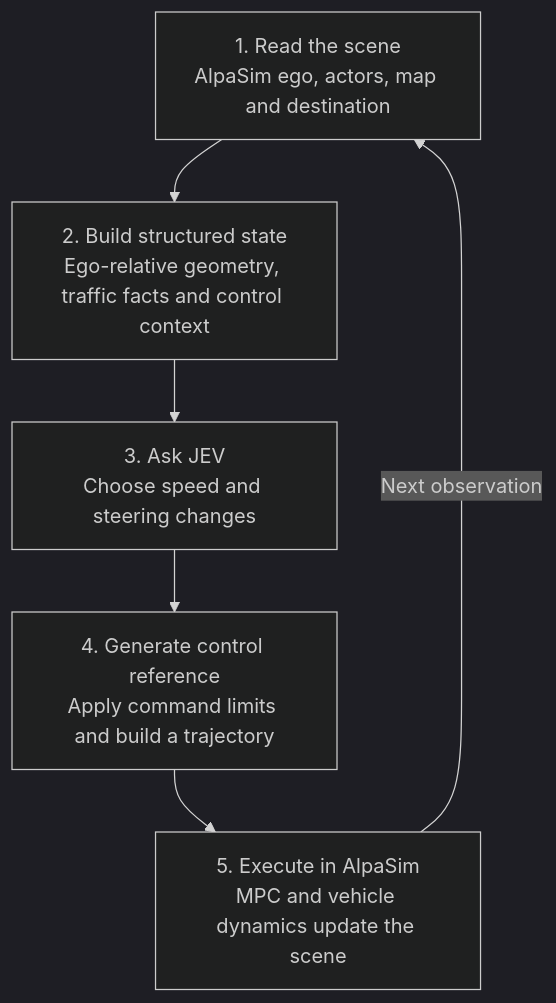
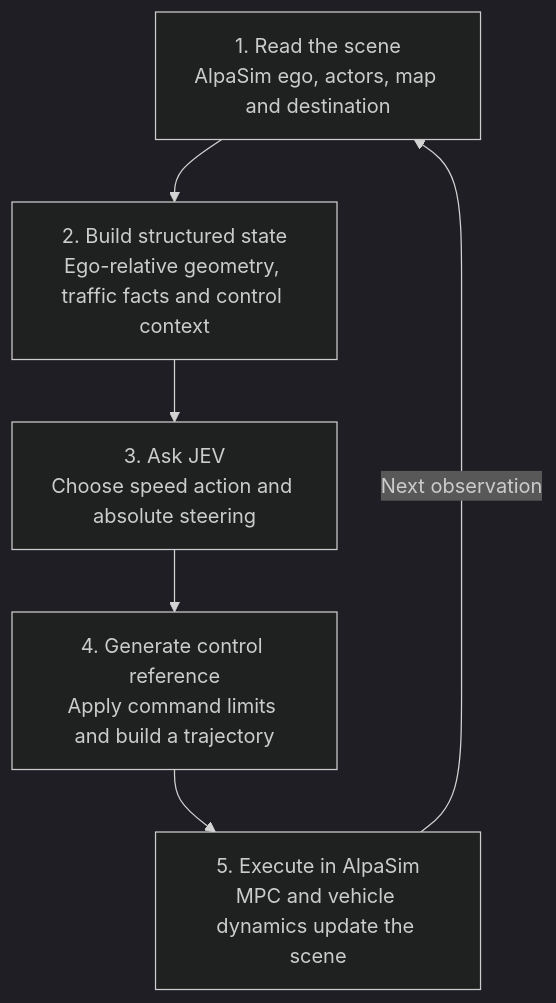
Before and after one commit to CATS-Lab/JEV-Drive: the diagram in docs/full-workflow.md, drawn with Mermaid (dark theme). The commit also changed other lines of this file and 18 other files, not shown here.

Commit message:
Fix steering accumulation, semantic action levels and overspeed initialization

````diff
--- a/docs/full-workflow.md
+++ b/docs/full-workflow.md
@@ -7,10 +7,10 @@
 ```mermaid
 flowchart TD
     A["1. Read the scene<br/>AlpaSim ego, actors, map and destination"]
     B["2. Build structured state<br/>Ego-relative geometry, traffic facts and control context"]
-    C["3. Ask JEV<br/>Choose speed and steering changes"]
+    C["3. Ask JEV<br/>Choose speed action and absolute steering"]
     D["4. Generate control reference<br/>Apply command limits and build a trajectory"]
     E["5. Execute in AlpaSim<br/>MPC and vehicle dynamics update the scene"]
     A --> B --> C --> D --> E
     E -->|Next observation| A
 ```
````
